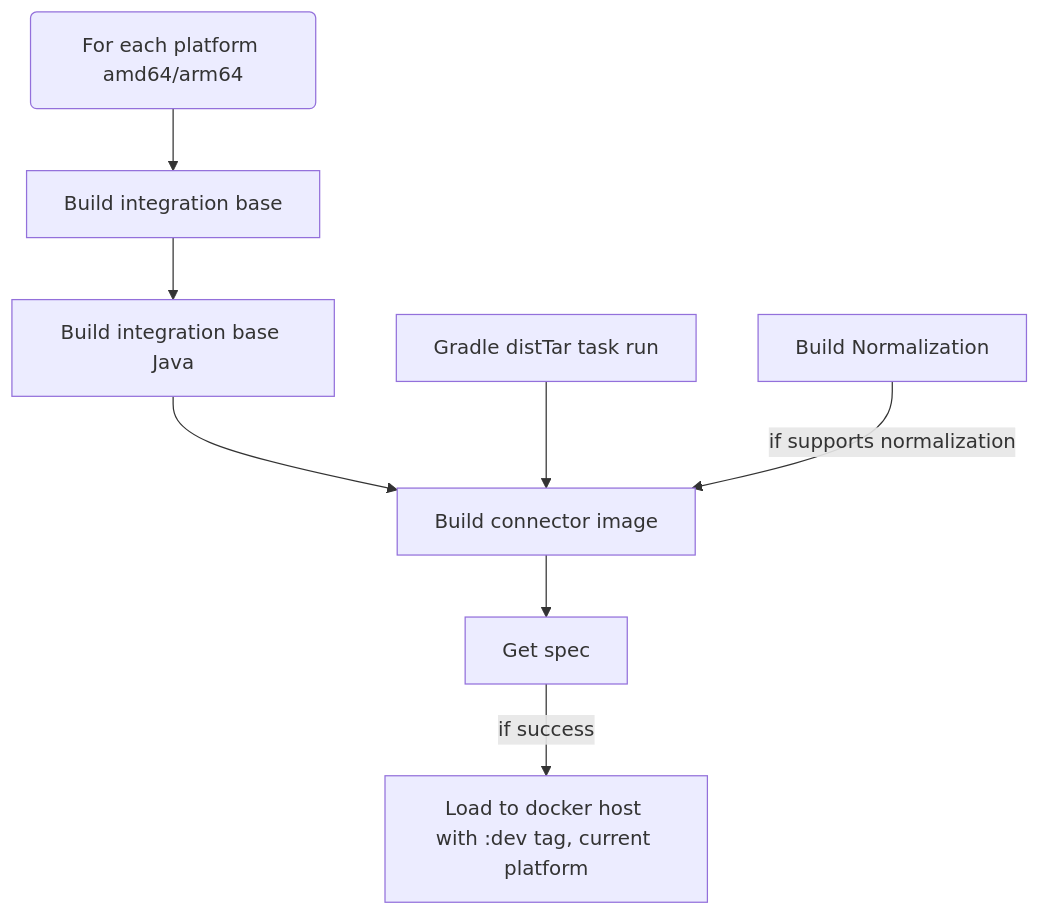
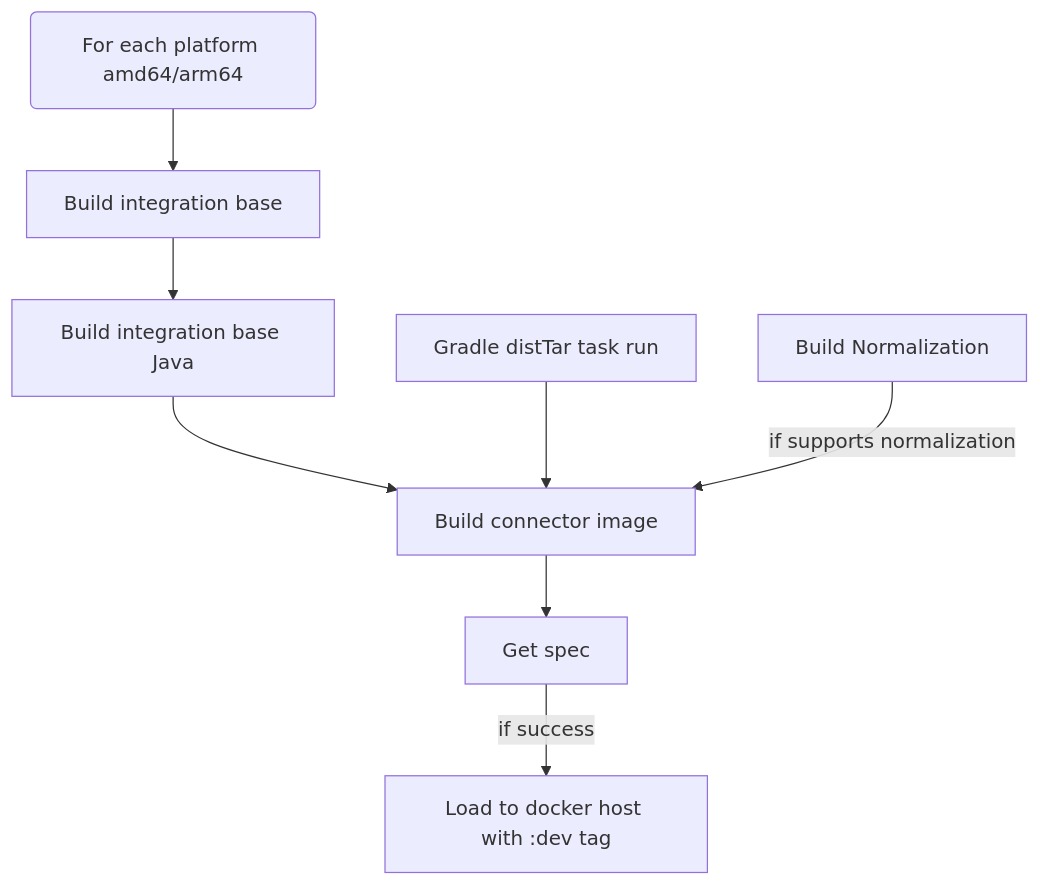
One commit to airbytehq/airbyte changed the third of 5 diagrams in airbyte-ci/connectors/pipelines/README.md. Above: the diagram before and after it, drawn with Mermaid. The commit also changed other lines of this file and 19 other files, not shown here.

````diff
--- a/airbyte-ci/connectors/pipelines/README.md
+++ b/airbyte-ci/connectors/pipelines/README.md
@@ -281,17 +283,17 @@
 ```mermaid
 flowchart TD
     arch(For each platform amd64/arm64)
     distTar[Gradle distTar task run]
     base[Build integration base]
     java_base[Build integration base Java]
     normalization[Build Normalization]
     connector[Build connector image]
 
     arch-->base-->java_base-->connector
     distTar-->connector
     normalization--"if supports normalization"-->connector
 
-    load[Load to docker host with :dev tag, current platform]
+    load[Load to docker host with :dev tag]
     spec[Get spec]
     connector-->spec--"if success"-->load
 ```
````
